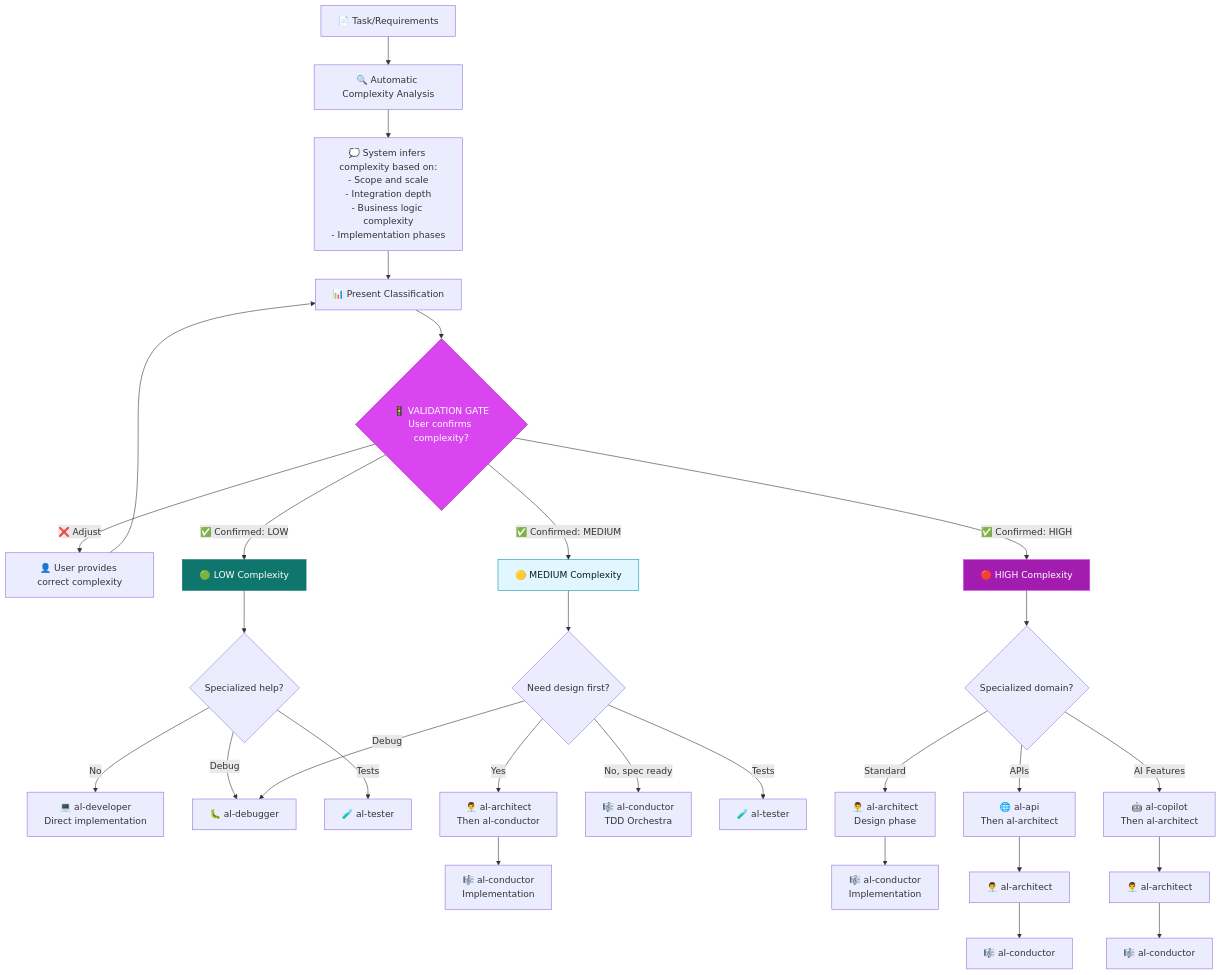
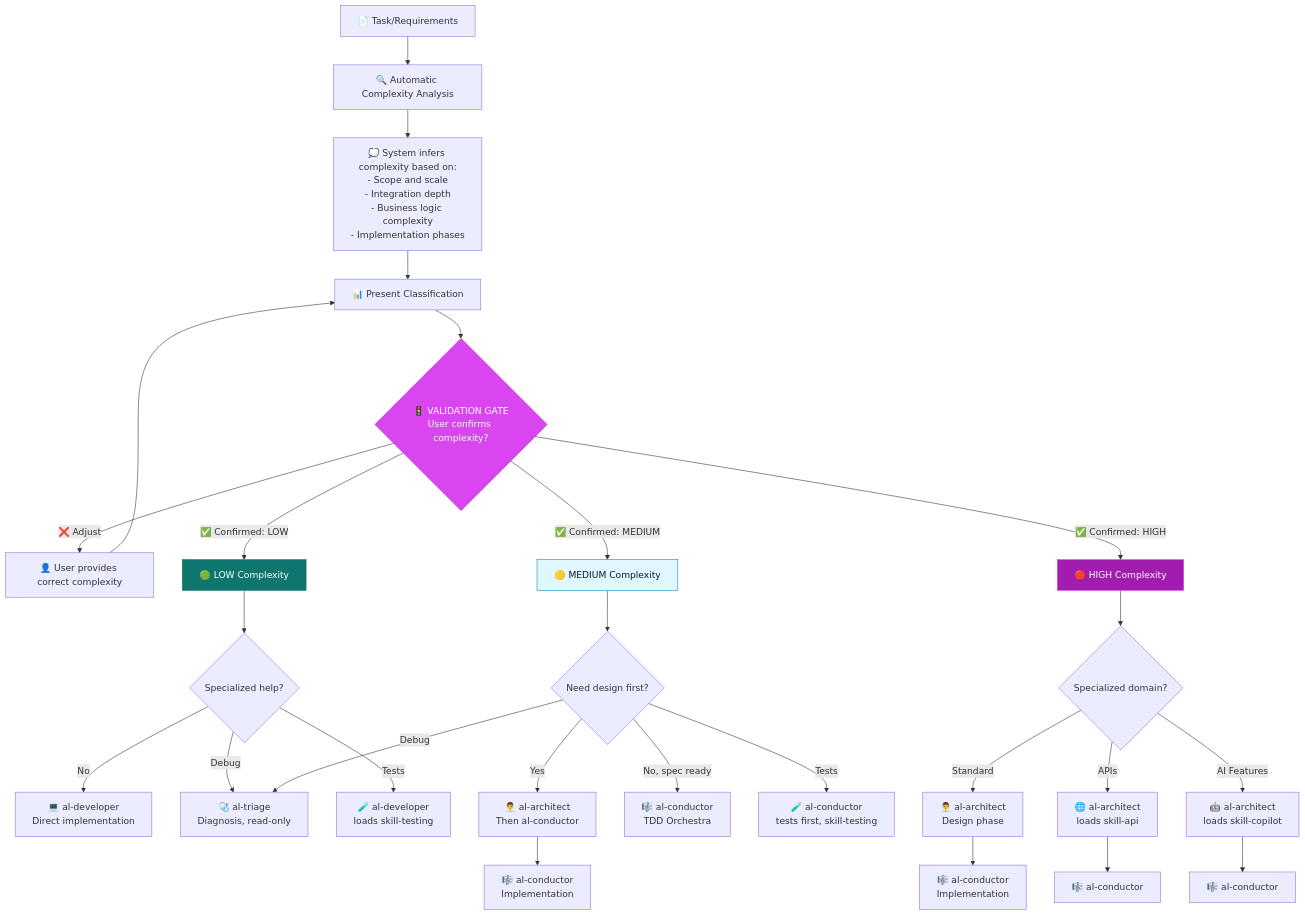
The diagram in docs/agents/index.md (javiarmesto/ALDC-AL-Development-Collection), drawn with Mermaid before and after one commit. The commit also changed other lines of this file and 8 other files, not shown here.

````diff
--- a/docs/agents/index.md
+++ b/docs/agents/index.md
@@ -123,44 +124,42 @@
 ```mermaid
 graph TD
     Start[📄 Task/Requirements] --> Analyze[🔍 Automatic Complexity Analysis]
     
     Analyze --> Infer[💭 System infers complexity based on:<br/>- Scope and scale<br/>- Integration depth<br/>- Business logic complexity<br/>- Implementation phases]
     
     Infer --> Present[📊 Present Classification]
     Present --> Gate{🚦 VALIDATION GATE<br/>User confirms complexity?}
     
     Gate -->|❌ Adjust| UserInput[👤 User provides correct complexity]
     UserInput --> Present
     
     Gate -->|✅ Confirmed: LOW| Low[🟢 LOW Complexity]
     Gate -->|✅ Confirmed: MEDIUM| Med[🟡 MEDIUM Complexity]
     Gate -->|✅ Confirmed: HIGH| High[🔴 HIGH Complexity]
     
     Low --> LowRoute{Specialized help?}
     LowRoute -->|No| DevDirect[💻 al-developer<br/>Direct implementation]
-    LowRoute -->|Debug| Debug[🐛 al-debugger]
-    LowRoute -->|Tests| Test1[🧪 al-tester]
+    LowRoute -->|Debug| Debug[🩺 al-triage<br/>Diagnosis, read-only]
+    LowRoute -->|Tests| Test1[🧪 al-developer<br/>loads skill-testing]
     
     Med --> MedRoute{Need design first?}
     MedRoute -->|Yes| Arch1[👨‍💼 al-architect<br/>Then al-conductor]
     MedRoute -->|No, spec ready| Conductor1[🎼 al-conductor<br/>TDD Orchestra]
     MedRoute -->|Debug| Debug
-    MedRoute -->|Tests| Test2[🧪 al-tester]
+    MedRoute -->|Tests| Test2[🧪 al-conductor<br/>tests first, skill-testing]
     
     High --> HighRoute{Specialized domain?}
     HighRoute -->|Standard| Arch2[👨‍💼 al-architect<br/>Design phase]
-    HighRoute -->|APIs| API[🌐 al-api<br/>Then al-architect]
-    HighRoute -->|AI Features| Copilot[🤖 al-copilot<br/>Then al-architect]
+    HighRoute -->|APIs| API[🌐 al-architect<br/>loads skill-api]
+    HighRoute -->|AI Features| Copilot[🤖 al-architect<br/>loads skill-copilot]
     
     Arch1 --> Conductor2[🎼 al-conductor<br/>Implementation]
     Arch2 --> Conductor3[🎼 al-conductor<br/>Implementation]
-    API --> Arch3[👨‍💼 al-architect]
-    Copilot --> Arch4[👨‍💼 al-architect]
-    Arch3 --> Conductor4[🎼 al-conductor]
-    Arch4 --> Conductor5[🎼 al-conductor]
+    API --> Conductor4[🎼 al-conductor]
+    Copilot --> Conductor5[🎼 al-conductor]
     
     style Gate fill:#D946EF,stroke:#A21CAF,color:#fff
     style Low fill:#0F766E,stroke:#0F766E,color:#fff
     style Med fill:#E0F7FF,stroke:#0891B2,color:#0F172A
     style High fill:#A21CAF,stroke:#D946EF,color:#fff
 ```
````
